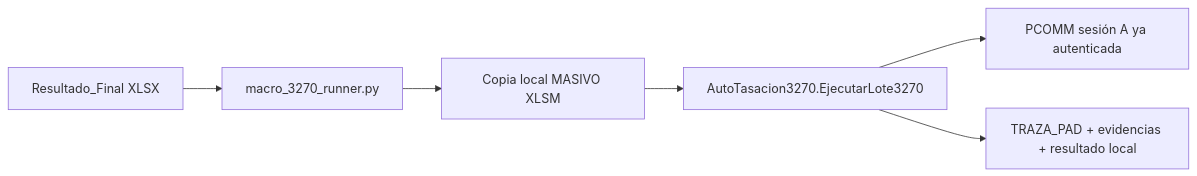
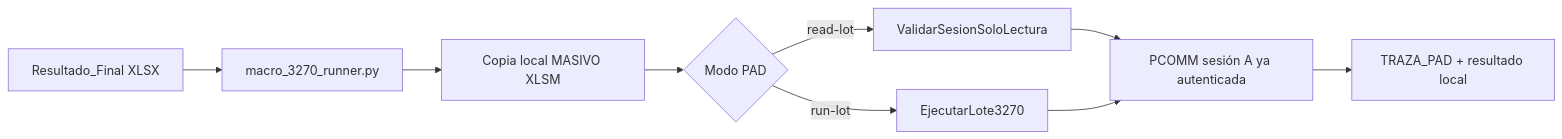
One commit to eduardo202020/auto-tasacion changed the diagram in docs/operacion/ejecucion-macro-3270-pad-2026-10-14.md. Above: the diagram before and after it, drawn with Mermaid. The commit also changed other lines of this file and 3 other files, not shown here.

````diff
--- a/docs/operacion/ejecucion-macro-3270-pad-2026-10-14.md
+++ b/docs/operacion/ejecucion-macro-3270-pad-2026-10-14.md
@@ -11,8 +13,11 @@
 ```mermaid
 flowchart LR
     A[Resultado_Final XLSX] --> B[macro_3270_runner.py]
     B --> C[Copia local MASIVO XLSM]
-    C --> D[AutoTasacion3270.EjecutarLote3270]
-    D --> E[PCOMM sesión A ya autenticada]
-    D --> F[TRAZA_PAD + evidencias + resultado local]
+    C --> D{Modo PAD}
+    D -->|read-lot| E[ValidarSesionSoloLectura]
+    D -->|run-lot| F[EjecutarLote3270]
+    E --> G[PCOMM sesión A ya autenticada]
+    F --> G
+    G --> H[TRAZA_PAD + resultado local]
 ```
````
